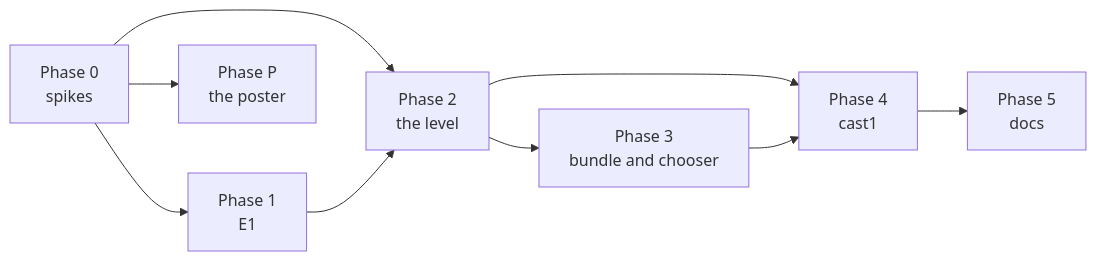
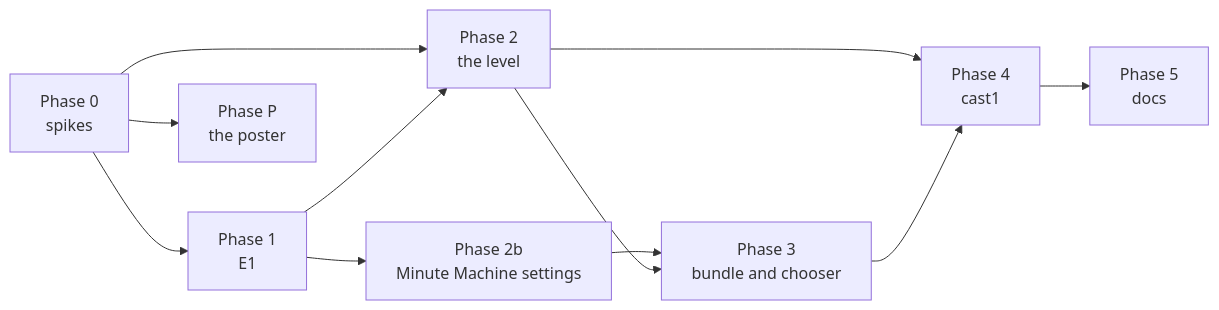
Before and after one commit to wbniv/WorldFoundry: the fifth of 5 diagrams in docs/plans/2026-11-21-tide-harbour-clock.md, drawn with Mermaid. The commit also changed other lines of this file and 9 other files, not shown here.

````diff
--- a/docs/plans/2026-11-21-tide-harbour-clock.md
+++ b/docs/plans/2026-11-21-tide-harbour-clock.md
@@ -280,11 +332,13 @@
 ```mermaid
 flowchart LR
     P0["Phase 0<br/>spikes"] --> P1["Phase 1<br/>E1"]
     P0 --> P2
     P0 --> PP["Phase P<br/>the poster"]
     P1 --> P2["Phase 2<br/>the level"]
+    P1 --> P2b["Phase 2b<br/>Minute Machine settings"]
+    P2b --> P3
     P2 --> P3["Phase 3<br/>bundle and chooser"]
     P2 --> P4
     P3 --> P4["Phase 4<br/>cast1"]
     P4 --> P5["Phase 5<br/>docs"]
 ```
````
